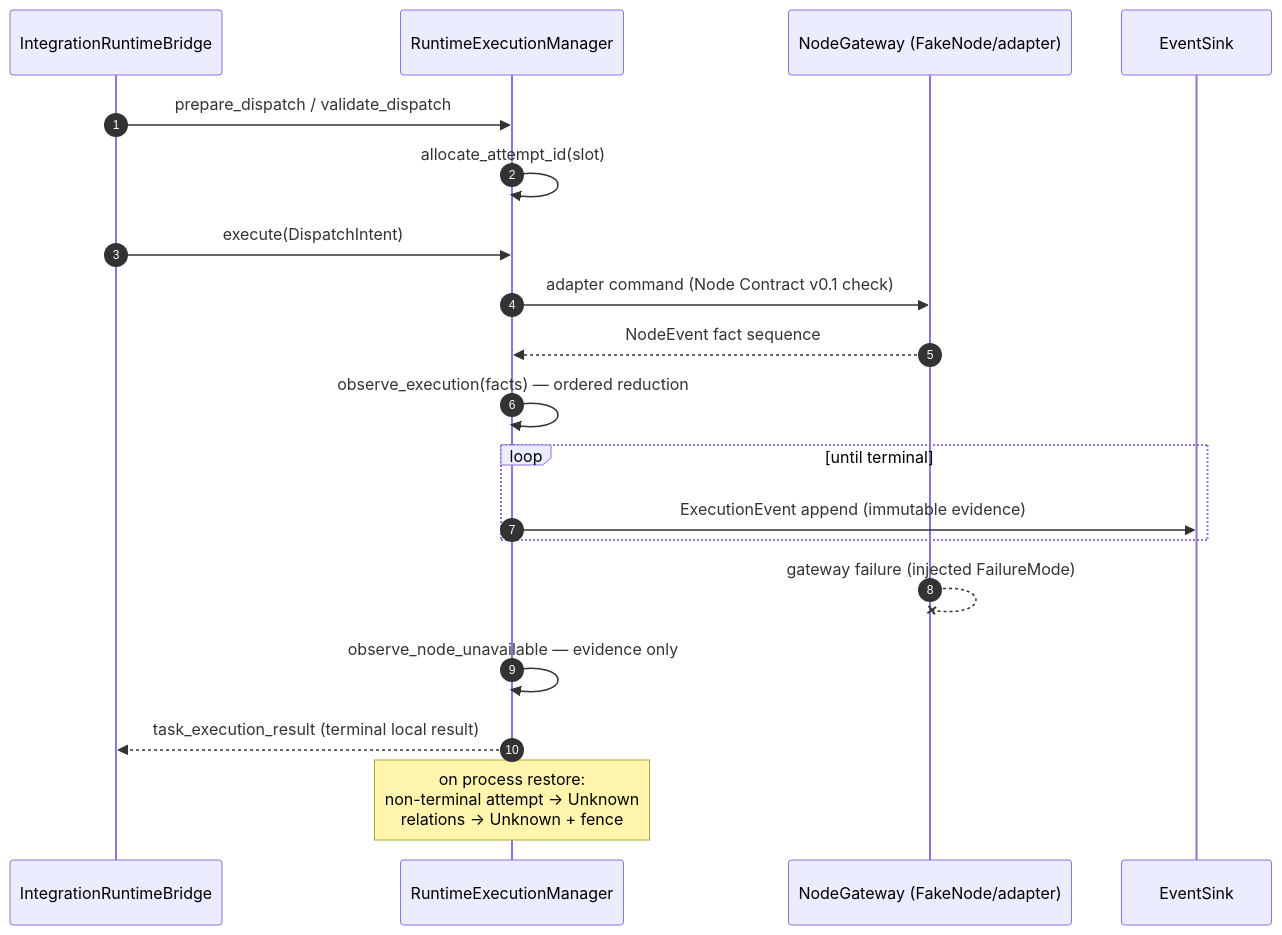
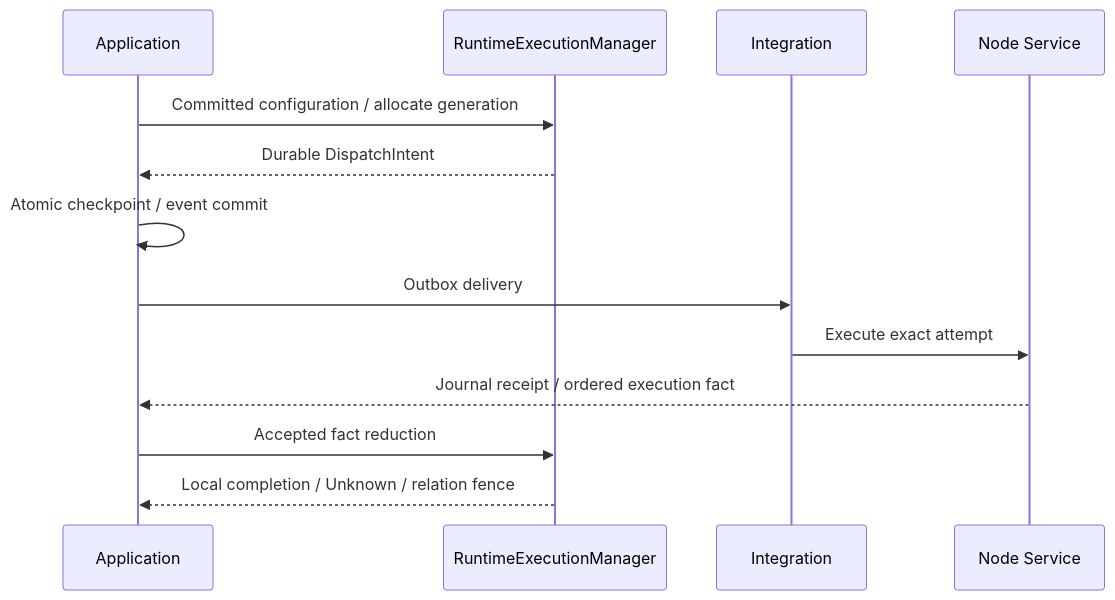
One commit to Farewell-CK/RoboGuide changed the diagram in website/pages/modules/runtime.en.md. Above: the diagram before and after it, drawn with Mermaid. The commit also changed other lines of this file and 37 other files, not shown here.

````diff
--- a/website/pages/modules/runtime.en.md
+++ b/website/pages/modules/runtime.en.md
@@ -70,22 +34,15 @@
 ```mermaid
 sequenceDiagram
-    autonumber
-    participant BR as IntegrationRuntimeBridge
-    participant RT as RuntimeExecutionManager
-    participant GW as NodeGateway (FakeNode/adapter)
-    participant EV as EventSink
-
-    BR->>RT: prepare_dispatch / validate_dispatch
-    RT->>RT: allocate_attempt_id(slot)
-    BR->>RT: execute(DispatchIntent)
-    RT->>GW: adapter command (Node Contract v0.1 check)
-    GW-->>RT: NodeEvent fact sequence
-    RT->>RT: observe_execution(facts) — ordered reduction
-    loop until terminal
-        RT->>EV: ExecutionEvent append (immutable evidence)
-    end
-    GW--x GW: gateway failure (injected FailureMode)
-    RT->>RT: observe_node_unavailable — evidence only
-    RT-->>BR: task_execution_result (terminal local result)
-    Note over RT: on process restore:<br/>non-terminal attempt → Unknown<br/>relations → Unknown + fence
+  participant A as Application
+  participant R as RuntimeExecutionManager
+  participant I as Integration
+  participant N as Node Service
+  A->>R: Committed configuration / allocate generation
+  R-->>A: Durable DispatchIntent
+  A->>A: Atomic checkpoint / event commit
+  A->>I: Outbox delivery
+  I->>N: Execute exact attempt
+  N-->>A: Journal receipt / ordered execution fact
+  A->>R: Accepted fact reduction
+  R-->>A: Local completion / Unknown / relation fence
 ```
````
